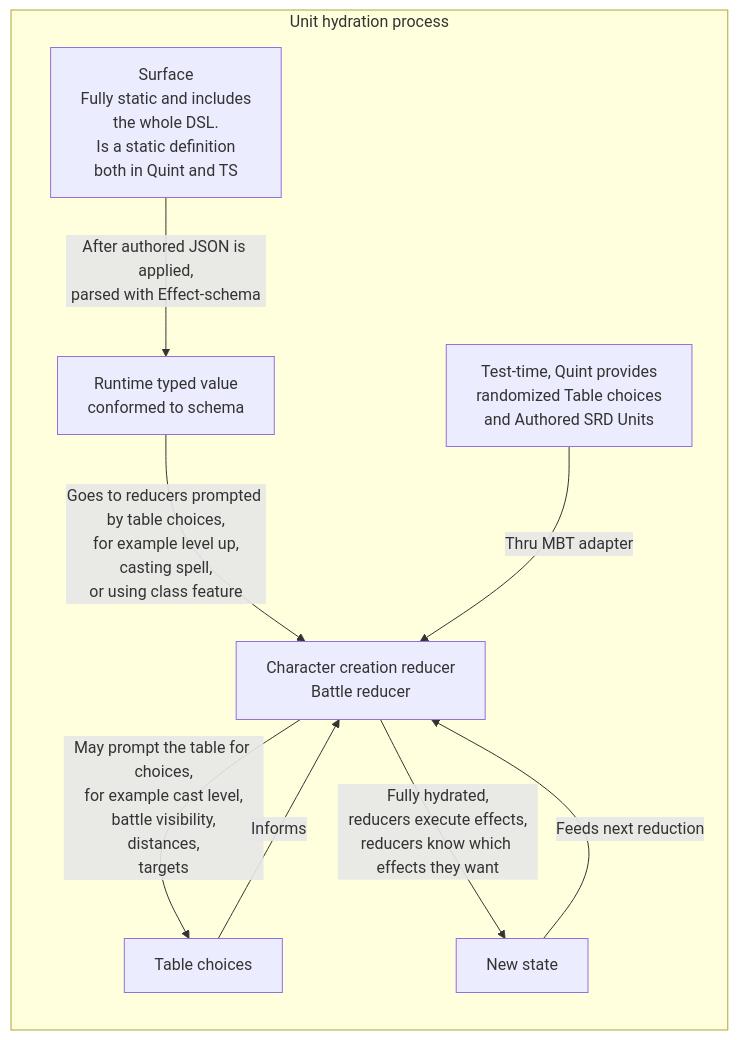
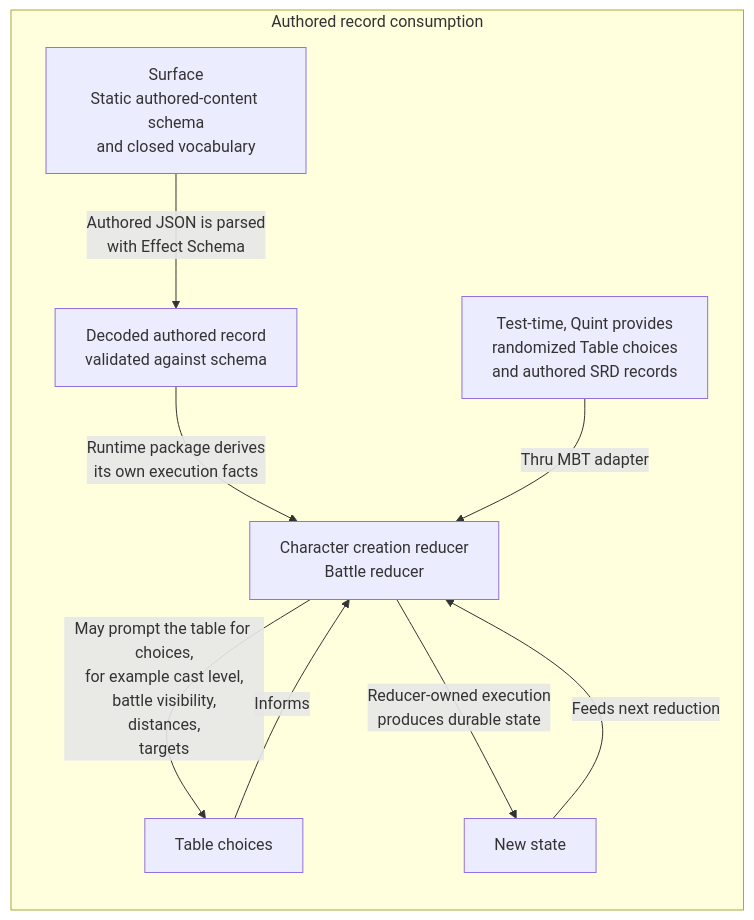
One commit to dearlordylord/5e-quint changed the second of 3 diagrams in packages/surface/SURFACE_TO_BATTLE_MANUAL_DIAGRAM.md. Above: the diagram before and after it, drawn with Mermaid. The commit also changed other lines of this file and 46 other files, not shown here.

````diff
--- a/packages/surface/SURFACE_TO_BATTLE_MANUAL_DIAGRAM.md
+++ b/packages/surface/SURFACE_TO_BATTLE_MANUAL_DIAGRAM.md
@@ -73,22 +73,22 @@
 ```mermaid
 flowchart TD
   classDef note fill:#f7f7f7,stroke:#999,stroke-dasharray: 4 4,color:#222,font-size:12px;
 
-  subgraph HYDRATION["Unit hydration process"]
+  subgraph HYDRATION["Authored record consumption"]
     direction TB
-    HYDRATION_SURFACE["Surface<br/>Fully static and includes<br/>the whole DSL.<br/>Is a static definition<br/>both in Quint and TS"]
-    HYDRATION_VALUE["Runtime typed value<br/>conformed to schema"]
+    HYDRATION_SURFACE["Surface<br/>Static authored-content schema<br/>and closed vocabulary"]
+    HYDRATION_VALUE["Decoded authored record<br/>validated against schema"]
     HYDRATION_REDUCERS["Character creation reducer<br/>Battle reducer"]
-    HYDRATION_TEST["Test-time, Quint provides<br/>randomized Table choices<br/>and Authored SRD Units"]
+    HYDRATION_TEST["Test-time, Quint provides<br/>randomized Table choices<br/>and authored SRD records"]
     HYDRATION_TABLE["Table choices"]
     HYDRATION_STATE["New state"]
   end
 
-  HYDRATION_SURFACE -->|After authored JSON is applied,<br/>parsed with Effect-schema| HYDRATION_VALUE
-  HYDRATION_VALUE -->|Goes to reducers prompted by table choices,<br/>for example level up,<br/>casting spell,<br/>or using class feature| HYDRATION_REDUCERS
+  HYDRATION_SURFACE -->|Authored JSON is parsed<br/>with Effect Schema| HYDRATION_VALUE
+  HYDRATION_VALUE -->|Runtime package derives<br/>its own execution facts| HYDRATION_REDUCERS
   HYDRATION_TEST -->|Thru MBT adapter| HYDRATION_REDUCERS
   HYDRATION_REDUCERS -->|May prompt the table for choices,<br/>for example cast level,<br/>battle visibility,<br/>distances,<br/>targets| HYDRATION_TABLE
   HYDRATION_TABLE -->|Informs| HYDRATION_REDUCERS
-  HYDRATION_REDUCERS -->|Fully hydrated,<br/>reducers execute effects,<br/>reducers know which effects they want| HYDRATION_STATE
+  HYDRATION_REDUCERS -->|Reducer-owned execution<br/>produces durable state| HYDRATION_STATE
   HYDRATION_STATE -->|Feeds next reduction| HYDRATION_REDUCERS
 ```
````
